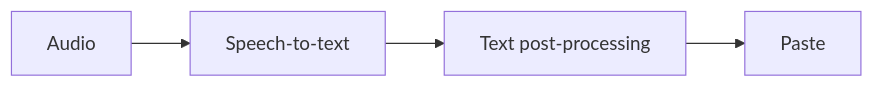
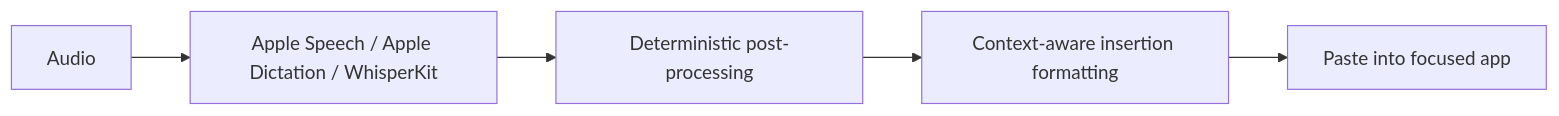
Before and after one commit to EzraApple/shoutout: the first of 2 diagrams in docs/low-latency-lm-intent-pass-plan.md, drawn with Mermaid. The commit also changed other lines of this file and 371 other files, not shown here.

````diff
--- a/docs/low-latency-lm-intent-pass-plan.md
+++ b/docs/low-latency-lm-intent-pass-plan.md
@@ -36,6 +9,7 @@
 ```mermaid
 flowchart LR
-    A["Audio"] --> B["Speech-to-text"]
-    B --> C["Text post-processing"]
-    C --> D["Paste"]
+    Audio["Audio"] --> ASR["Apple Speech / Apple Dictation / WhisperKit"]
+    ASR --> Post["Deterministic post-processing"]
+    Post --> Insert["Context-aware insertion formatting"]
+    Insert --> Paste["Paste into focused app"]
 ```
````
